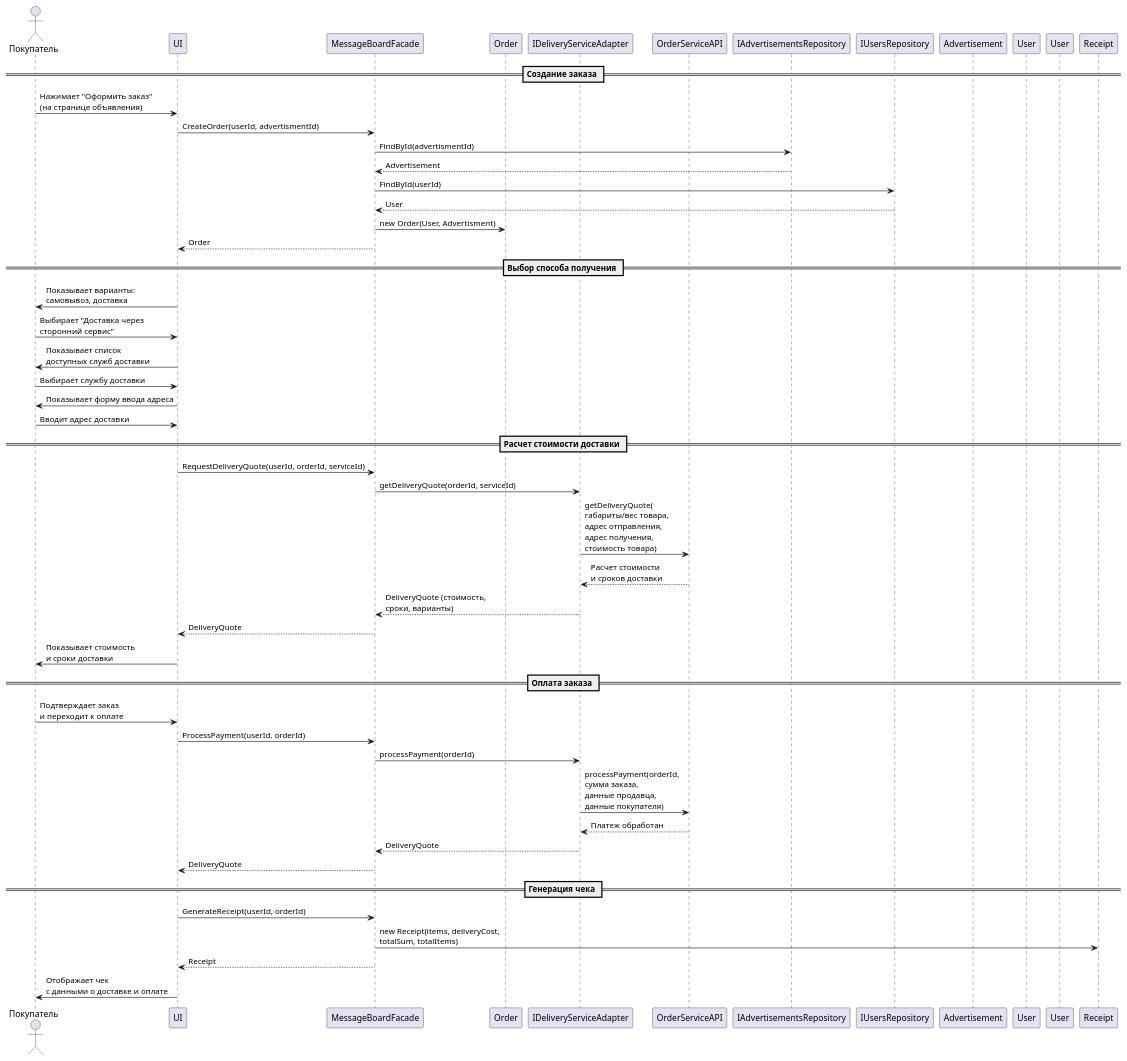
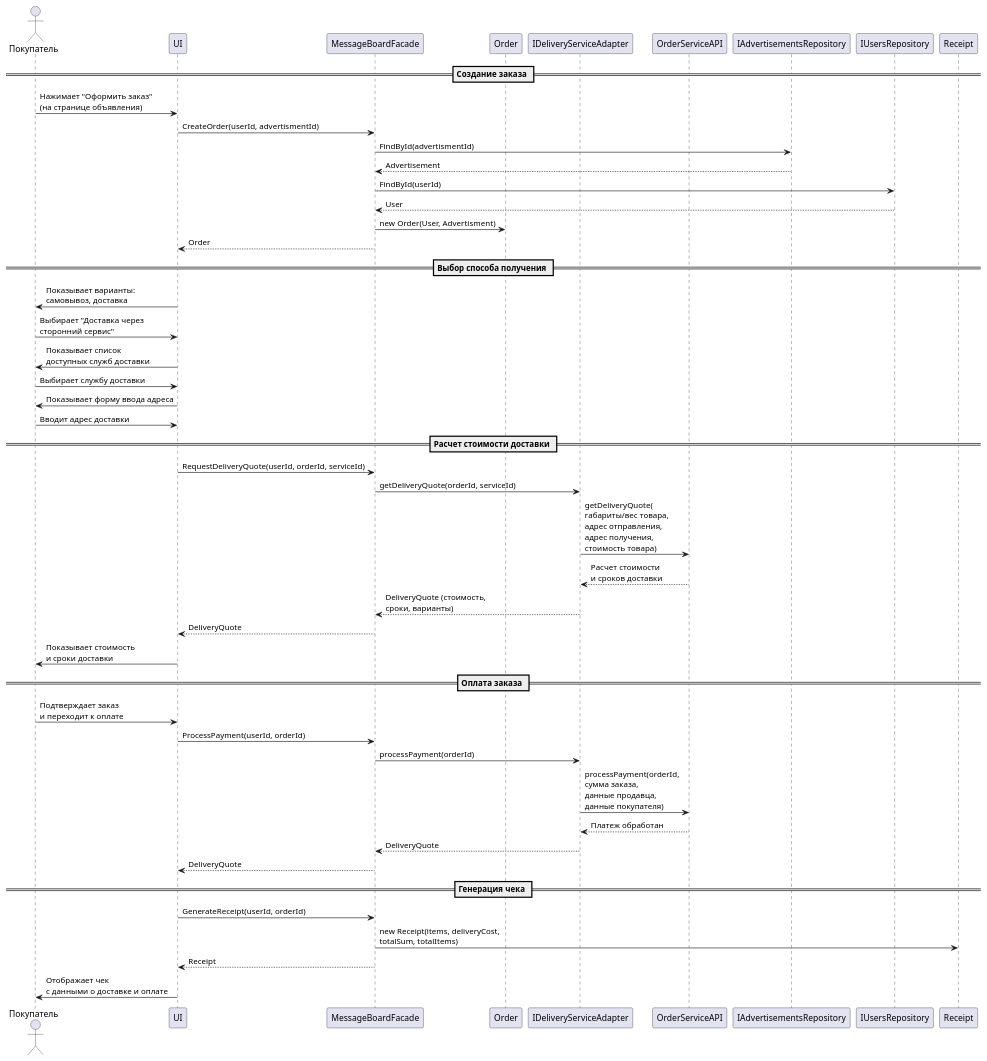
One commit to penamarth/bsbo-02-23_team3_var13_messboard changed the diagram in Оформление заказа (Архипенков В.О.)/Диаграмма последовательности.md. Above: the diagram before and after it, drawn with PlantUML. The commit also changed 26 other files, not shown here.

````diff
--- a/Оформление заказа (Архипенков В.О.)/Диаграмма последовательности.md
+++ b/Оформление заказа (Архипенков В.О.)/Диаграмма последовательности.md
@@ -1,82 +1,82 @@
 ```plantuml
 @startuml
 actor Покупатель
 participant "UI" as UI
 participant "MessageBoardFacade" as MBF
 participant "Order" as Order
 participant "IDeliveryServiceAdapter" as Adapter
 participant "OrderServiceAPI" as DeliveryAPI
 participant "IAdvertisementsRepository" as AdvRepo
 participant "IUsersRepository" as UserRepo
-participant "Advertisement" as Ad
-participant "User" as Seller
-participant "User" as Buyer
+' participant "Advertisement" as Ad
+' participant "User" as Seller
+' participant "User" as Buyer
 participant "Receipt" as Receipt
 
 == Создание заказа ==
 
 Покупатель -> UI: Нажимает "Оформить заказ"\n(на странице объявления)
 
 UI -> MBF: CreateOrder(userId, advertismentId)
 MBF -> AdvRepo: FindById(advertismentId)
 AdvRepo --> MBF: Advertisement
 MBF -> UserRepo: FindById(userId)
 UserRepo --> MBF: User
 MBF -> Order: new Order(User, Advertisment)
 MBF --> UI: Order
 
 == Выбор способа получения ==
 
 UI -> Покупатель: Показывает варианты:\nсамовывоз, доставка
 
 Покупатель -> UI: Выбирает "Доставка через\nсторонний сервис"
 
 UI -> Покупатель: Показывает список\nдоступных служб доставки
 
 Покупатель -> UI: Выбирает службу доставки
 
 UI -> Покупатель: Показывает форму ввода адреса
 
 Покупатель -> UI: Вводит адрес доставки
 
 == Расчет стоимости доставки ==
 
 UI -> MBF: RequestDeliveryQuote(userId, orderId, serviceId)
 
 MBF -> Adapter: getDeliveryQuote(orderId, serviceId)
 
 Adapter -> DeliveryAPI: getDeliveryQuote(\nгабариты/вес товара,\nадрес отправления,\nадрес получения,\nстоимость товара)
 
 DeliveryAPI --> Adapter: Расчет стоимости\nи сроков доставки
 
 Adapter --> MBF: DeliveryQuote (стоимость,\nсроки, варианты)
 
 MBF --> UI: DeliveryQuote
 
 UI -> Покупатель: Показывает стоимость\nи сроки доставки
 
 == Оплата заказа ==
 
 Покупатель -> UI: Подтверждает заказ\nи переходит к оплате
 
 UI -> MBF: ProcessPayment(userId, orderId)
 
 MBF -> Adapter: processPayment(orderId)
 
 Adapter -> DeliveryAPI: processPayment(orderId,\nсумма заказа,\nданные продавца,\nданные покупателя)
 
 DeliveryAPI --> Adapter: Платеж обработан
 Adapter --> MBF: DeliveryQuote
 MBF --> UI: DeliveryQuote
 
 == Генерация чека ==
 
 UI -> MBF: GenerateReceipt(userId, orderId)
 
 MBF -> Receipt: new Receipt(items, deliveryCost, \ntotalSum, totalItems)
 
 MBF --> UI: Receipt
 
 UI -> Покупатель: Отображает чек\nс данными о доставке и оплате
 @enduml
 ```
````
